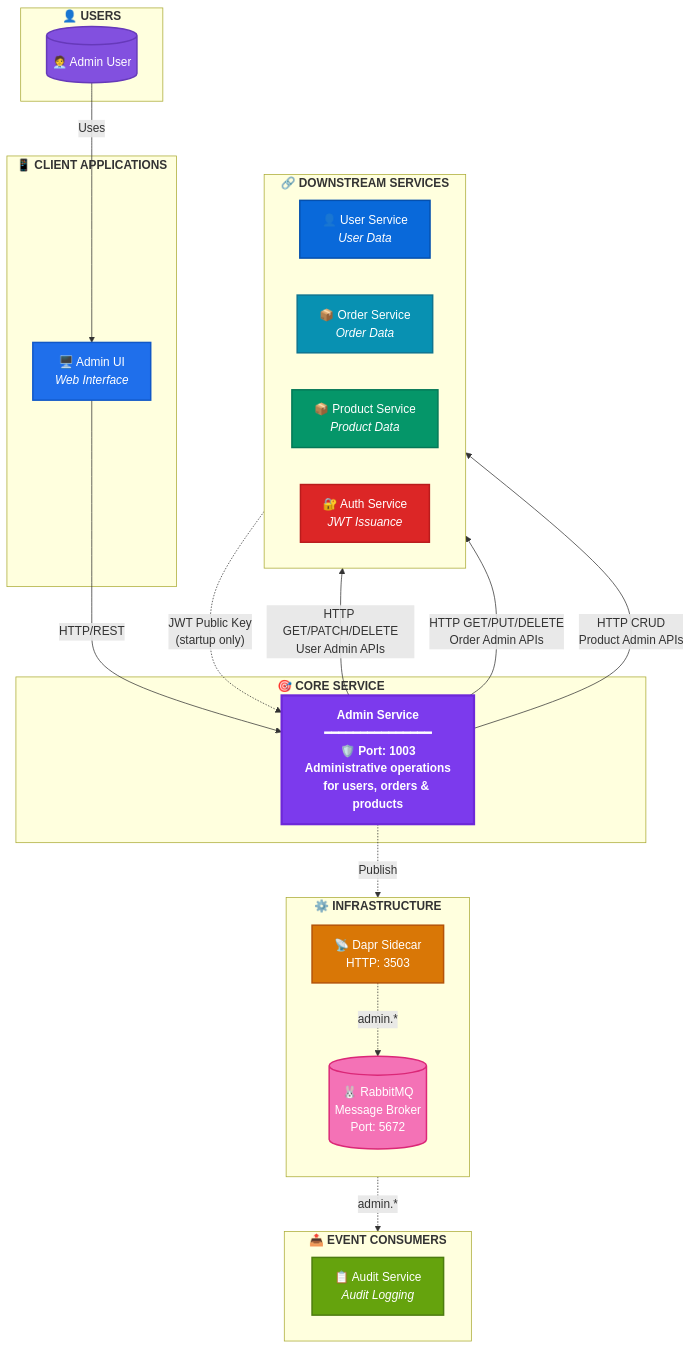
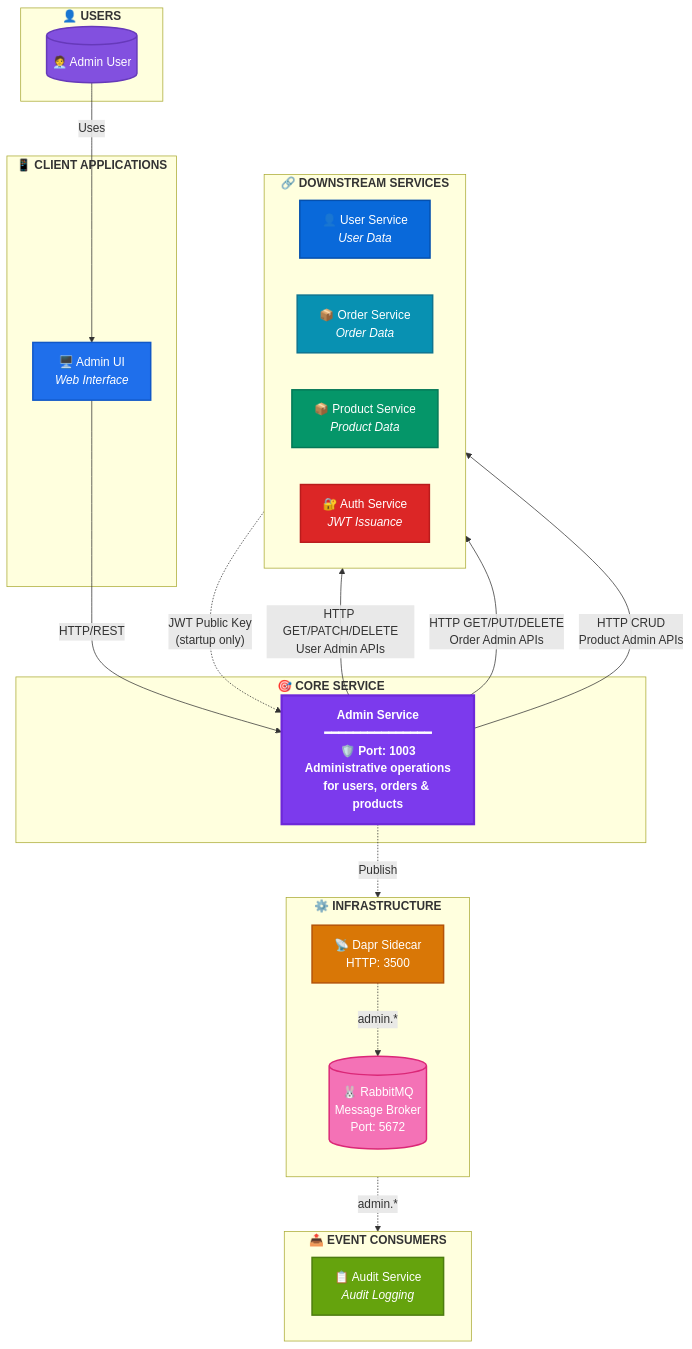
Before and after one commit to xshopai/admin-service: the diagram in docs/ARCHITECTURE.md, drawn with Mermaid. The commit also changed other lines of this file and 8 other files, not shown here.

Commit message:
fix: standardize Dapr HTTP and gRPC ports across configuration files and scripts

````diff
--- a/docs/ARCHITECTURE.md
+++ b/docs/ARCHITECTURE.md
@@ -156,82 +158,82 @@
 ```mermaid
 flowchart TB
     subgraph Users["<b>👤 USERS</b>"]
         Admin[("🧑‍💼 Admin User")]
     end
 
     subgraph Clients["<b>📱 CLIENT APPLICATIONS</b>"]
         AdminUI["🖥️ Admin UI<br/><i>Web Interface</i>"]
     end
 
     subgraph Core["<b>🎯 CORE SERVICE</b>"]
         ADMIN["<b>Admin Service</b><br/>━━━━━━━━━━━━━━━<br/>🛡️ Port: 1003<br/>Administrative operations<br/>for users, orders & products"]
     end
 
     subgraph Services["<b>🔗 DOWNSTREAM SERVICES</b>"]
         direction LR
         User["👤 User Service<br/><i>User Data</i>"]
         Order["📦 Order Service<br/><i>Order Data</i>"]
         Product["📦 Product Service<br/><i>Product Data</i>"]
         Auth["🔐 Auth Service<br/><i>JWT Issuance</i>"]
     end
 
     subgraph EventConsumers["<b>📤 EVENT CONSUMERS</b>"]
         direction LR
         Audit["📋 Audit Service<br/><i>Audit Logging</i>"]
     end
 
     subgraph Infrastructure["<b>⚙️ INFRASTRUCTURE</b>"]
         direction TB
         RabbitMQ[("🐰 RabbitMQ<br/>Message Broker<br/>Port: 5672")]
-        Dapr["📡 Dapr Sidecar<br/>HTTP: 3503"]
+        Dapr["📡 Dapr Sidecar<br/>HTTP: 3500"]
     end
 
     %% User flows
     Admin -->|"Uses"| AdminUI
     AdminUI -->|"HTTP/REST"| ADMIN
 
     %% Service integrations - HTTP
     ADMIN -->|"HTTP GET/PATCH/DELETE<br/>User Admin APIs"| User
     ADMIN -->|"HTTP GET/PUT/DELETE<br/>Order Admin APIs"| Order
     ADMIN -->|"HTTP CRUD<br/>Product Admin APIs"| Product
     Auth -.->|"JWT Public Key<br/>(startup only)"| ADMIN
 
     %% Event flows - Outbound (Publisher → Broker → Consumers)
     ADMIN -.->|"Publish"| Dapr
     Dapr -.->|"admin.*"| RabbitMQ
     RabbitMQ -.->|"admin.*"| Audit
 
     %% Styling - Core Service
     classDef core fill:#7c3aed,stroke:#6d28d9,color:#fff,stroke-width:3px,font-weight:bold
 
     %% Styling - Users
     classDef user fill:#8250df,stroke:#6639ba,color:#fff,stroke-width:2px
 
     %% Styling - Client Apps
     classDef client fill:#1f6feb,stroke:#1158c7,color:#fff,stroke-width:2px
 
     %% Styling - Dependent Services
     classDef userSvc fill:#0969da,stroke:#0550ae,color:#fff,stroke-width:2px
     classDef orderSvc fill:#0891b2,stroke:#0e7490,color:#fff,stroke-width:2px
     classDef productSvc fill:#059669,stroke:#047857,color:#fff,stroke-width:2px
     classDef authSvc fill:#dc2626,stroke:#b91c1c,color:#fff,stroke-width:2px
 
     %% Styling - Event Consumers
     classDef auditSvc fill:#65a30d,stroke:#4d7c0f,color:#fff,stroke-width:2px
 
     %% Styling - Infrastructure
     classDef broker fill:#f472b6,stroke:#db2777,color:#fff,stroke-width:2px
     classDef messaging fill:#d97706,stroke:#b45309,color:#fff,stroke-width:2px
 
     %% Apply styles
     class ADMIN core
     class Admin user
     class AdminUI client
     class User userSvc
     class Order orderSvc
     class Product productSvc
     class Auth authSvc
     class Audit auditSvc
     class RabbitMQ broker
     class Dapr messaging
 ```
````
